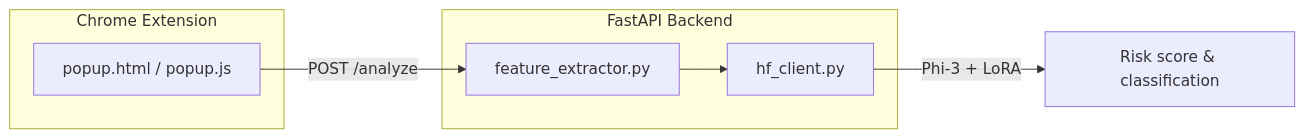
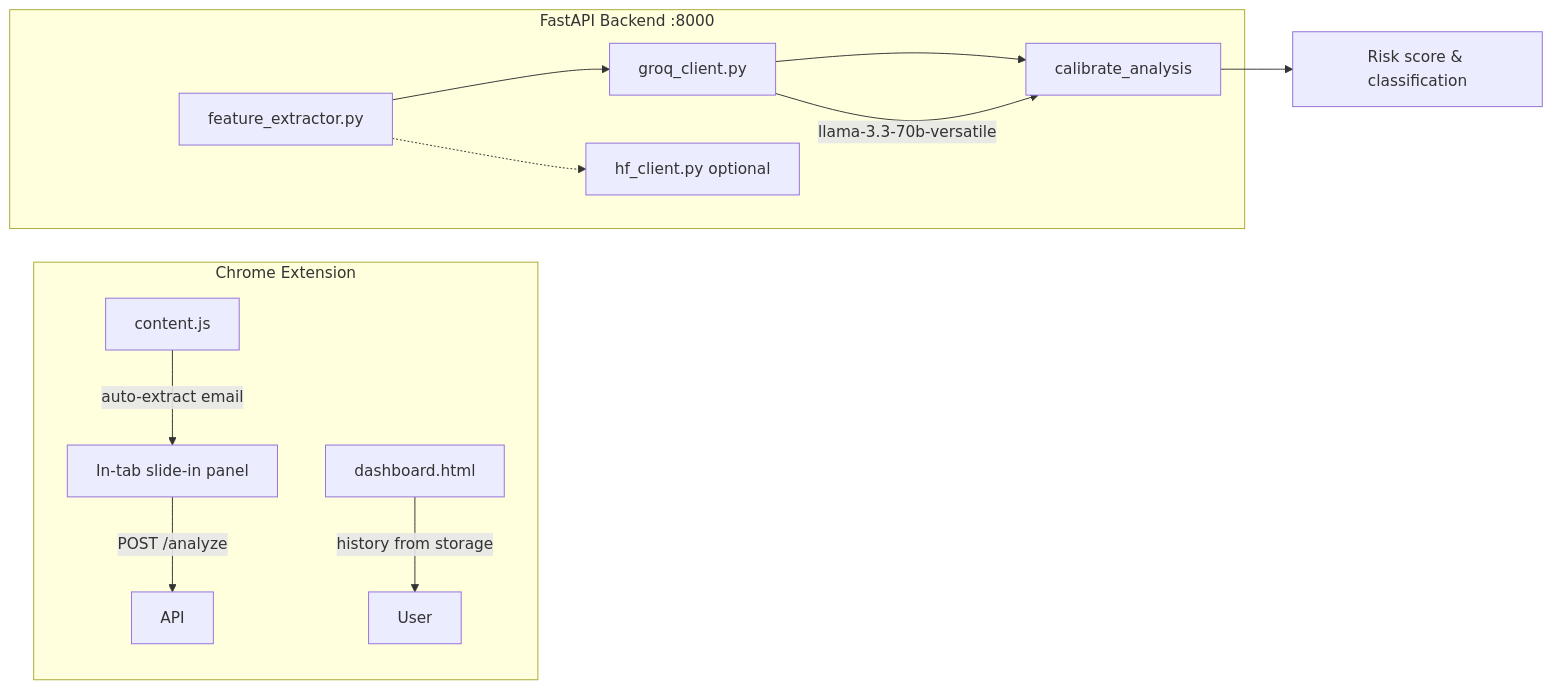
Before and after one commit to Saliha-Zulfiqar/IS_project: the diagram in README.md, drawn with Mermaid. The commit also changed other lines of this file and 29 other files, not shown here.

````diff
--- a/README.md
+++ b/README.md
@@ -7,13 +17,43 @@
 ```mermaid
+
 flowchart LR
+
   subgraph ext [Chrome Extension]
-    Popup[popup.html / popup.js]
+
+    CS[content.js]
+
+    Panel[In-tab slide-in panel]
+
+    Dash[dashboard.html]
+
+    CS -->|auto-extract email| Panel
+
+    Panel -->|POST /analyze| API
+
+    Dash -->|history from storage| User[User]
+
   end
-  subgraph api [FastAPI Backend]
+
+  subgraph api [FastAPI Backend :8000]
+
     FE[feature_extractor.py]
-    HF[hf_client.py]
+
+    GQ[groq_client.py]
+
+    CAL[calibrate_analysis]
+
+    HF[hf_client.py optional]
+
+    FE --> GQ
+
+    GQ --> CAL
+
+    FE -.-> HF
+
   end
-  Popup -->|POST /analyze| FE
-  FE --> HF
-  HF -->|Phi-3 + LoRA| Result[Risk score & classification]
+
+  CAL --> Result[Risk score & classification]
+
+  GQ -->|llama-3.3-70b-versatile| CAL
+
 ```
````
